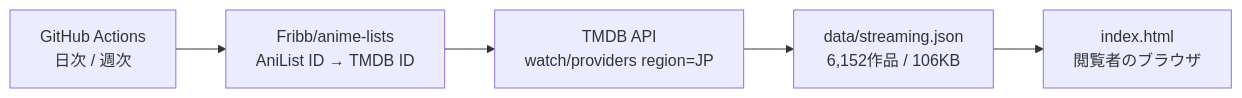
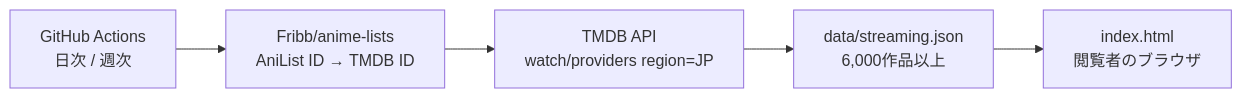
One commit to Naatlant/courdeck changed the diagram in README.ja.md. Above: the diagram before and after it, drawn with Mermaid. The commit also changed other lines of this file and 2 other files, not shown here.

````diff
--- a/README.ja.md
+++ b/README.ja.md
@@ -68,7 +68,7 @@
 ```mermaid
 flowchart LR
     A[GitHub Actions<br/>日次 / 週次] --> B[Fribb/anime-lists<br/>AniList ID → TMDB ID]
     B --> C[TMDB API<br/>watch/providers region=JP]
-    C --> D[data/streaming.json<br/>6,152作品 / 106KB]
+    C --> D[data/streaming.json<br/>6,000作品以上]
     D --> E[index.html<br/>閲覧者のブラウザ]
 ```
````
